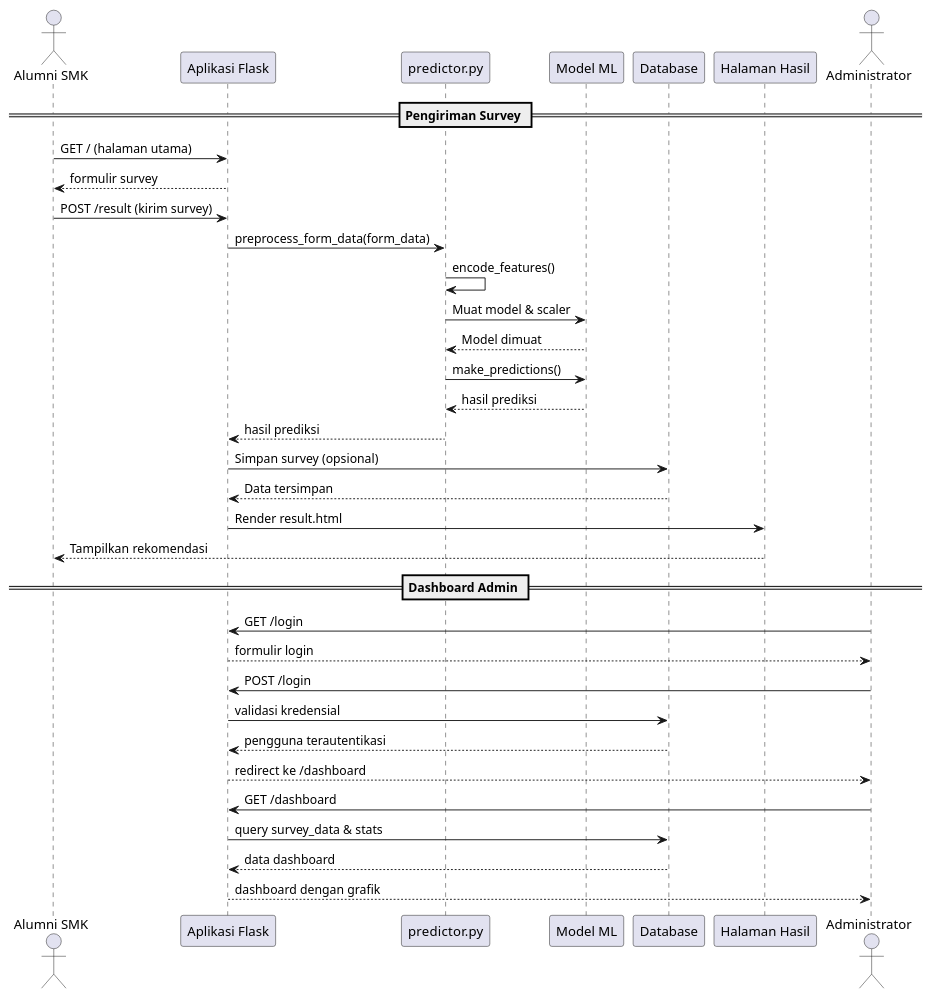
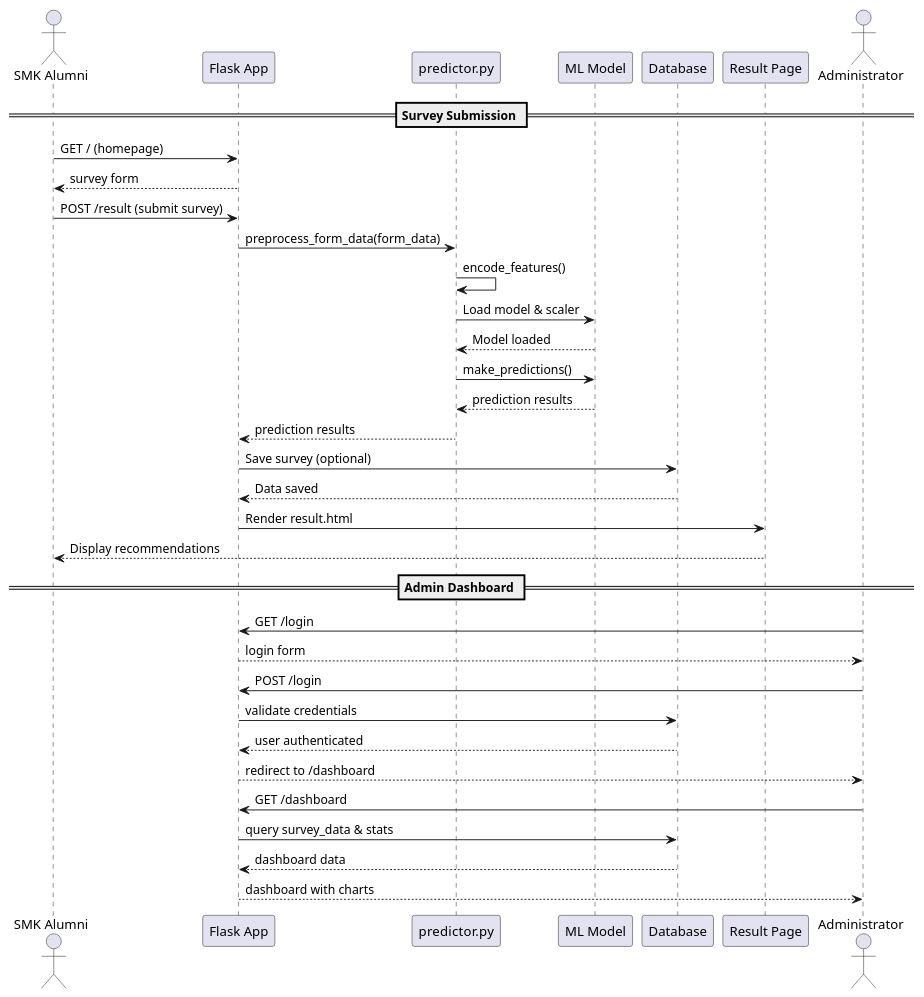
Before and after one commit to aepsaefulloh/Job-Recommend-System: the diagram in diagrams/sequence_diagram.puml, drawn with PlantUML. The commit also changed 26 other files, not shown here.

```diff
--- a/diagrams/sequence_diagram.puml
+++ b/diagrams/sequence_diagram.puml
@@ -2,47 +2,47 @@
-@startuml Diagram Sekuens - Survey & Prediksi
+@startuml Sequence Diagram - Survey & Prediction
 
-actor "Alumni SMK" as User
-participant "Aplikasi Flask" as Flask
+actor "SMK Alumni" as User
+participant "Flask App" as Flask
 participant "predictor.py" as Predictor
-participant "Model ML" as ML
+participant "ML Model" as ML
 participant "Database" as DB
-participant "Halaman Hasil" as Result
+participant "Result Page" as Result
 
-== Pengiriman Survey ==
-User -> Flask: GET / (halaman utama)
-Flask --> User: formulir survey
+== Survey Submission ==
+User -> Flask: GET / (homepage)
+Flask --> User: survey form
 
-User -> Flask: POST /result (kirim survey)
+User -> Flask: POST /result (submit survey)
 Flask -> Predictor: preprocess_form_data(form_data)
 
 Predictor -> Predictor: encode_features()
-Predictor -> ML: Muat model & scaler
-ML --> Predictor: Model dimuat
+Predictor -> ML: Load model & scaler
+ML --> Predictor: Model loaded
 
 Predictor -> ML: make_predictions()
-ML --> Predictor: hasil prediksi
+ML --> Predictor: prediction results
 
-Predictor --> Flask: hasil prediksi
+Predictor --> Flask: prediction results
 
-Flask -> DB: Simpan survey (opsional)
-DB --> Flask: Data tersimpan
+Flask -> DB: Save survey (optional)
+DB --> Flask: Data saved
 
 Flask -> Result: Render result.html
-Result --> User: Tampilkan rekomendasi
+Result --> User: Display recommendations
 
-== Dashboard Admin ==
+== Admin Dashboard ==
 actor "Administrator" as Admin
 Admin -> Flask: GET /login
-Flask --> Admin: formulir login
+Flask --> Admin: login form
 
 Admin -> Flask: POST /login
-Flask -> DB: validasi kredensial
-DB --> Flask: pengguna terautentikasi
+Flask -> DB: validate credentials
+DB --> Flask: user authenticated
 
-Flask --> Admin: redirect ke /dashboard
+Flask --> Admin: redirect to /dashboard
 Admin -> Flask: GET /dashboard
 Flask -> DB: query survey_data & stats
-DB --> Flask: data dashboard
-Flask --> Admin: dashboard dengan grafik
+DB --> Flask: dashboard data
+Flask --> Admin: dashboard with charts
 
 @enduml
```
